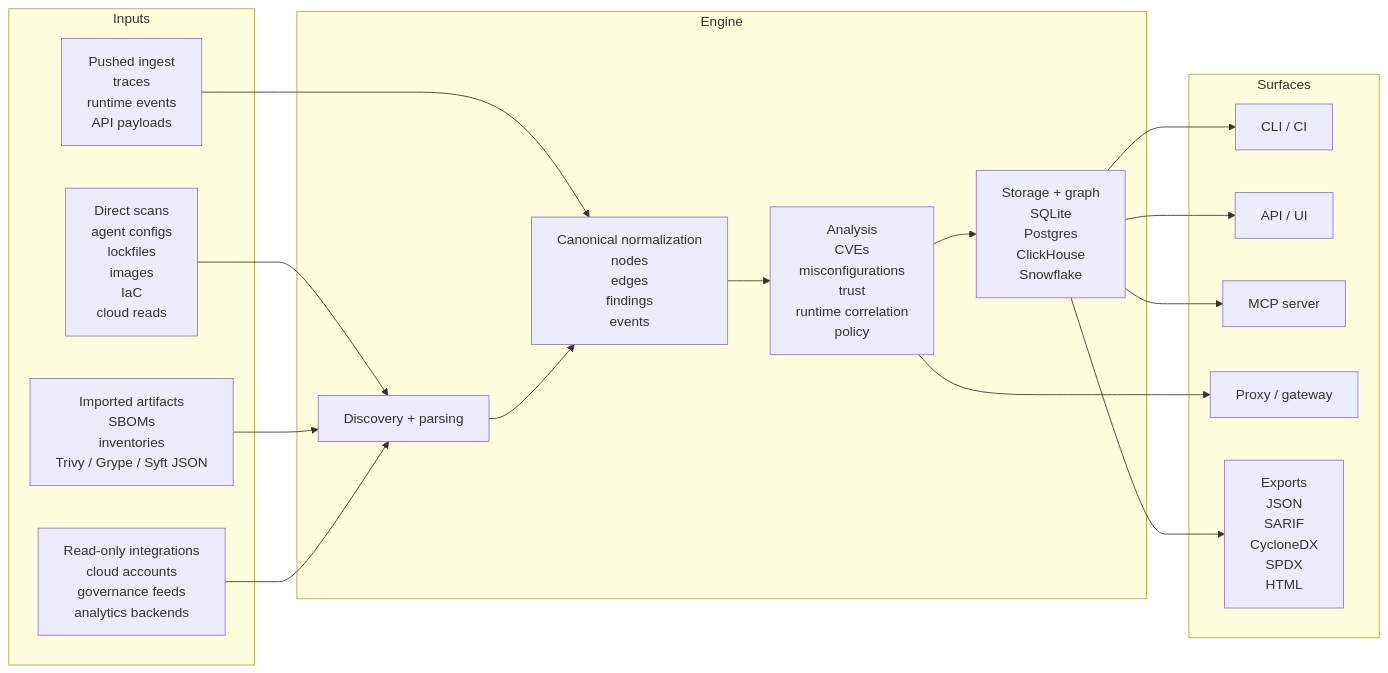
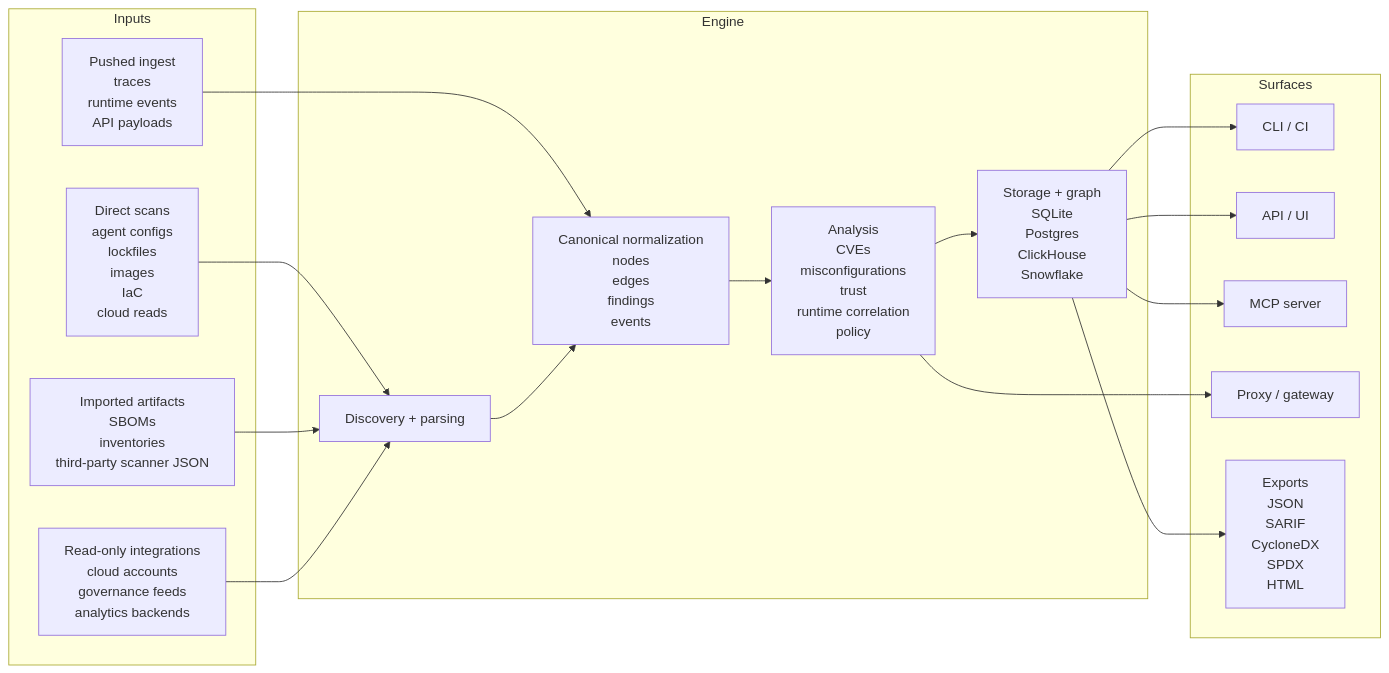
Before and after one commit to msaad00/agent-bom: the diagram in site-docs/architecture/how-agent-bom-works.md, drawn with Mermaid. The commit also changed other lines of this file and 4 other files, not shown here.

````diff
--- a/site-docs/architecture/how-agent-bom-works.md
+++ b/site-docs/architecture/how-agent-bom-works.md
@@ -10,67 +10,67 @@
 ```mermaid
 flowchart LR
     subgraph Inputs
         A["Direct scans
         agent configs
         lockfiles
         images
         IaC
         cloud reads"]
         B["Imported artifacts
         SBOMs
         inventories
-        Trivy / Grype / Syft JSON"]
+        third-party scanner JSON"]
         C["Pushed ingest
         traces
         runtime events
         API payloads"]
         D["Read-only integrations
         cloud accounts
         governance feeds
         analytics backends"]
     end
 
     subgraph Engine
         E["Discovery + parsing"]
         F["Canonical normalization
         nodes
         edges
         findings
         events"]
         G["Analysis
         CVEs
         misconfigurations
         trust
         runtime correlation
         policy"]
         H["Storage + graph
         SQLite
         Postgres
         ClickHouse
         Snowflake"]
     end
 
     subgraph Surfaces
         I["CLI / CI"]
         J["API / UI"]
         K["MCP server"]
         L["Proxy / gateway"]
         M["Exports
         JSON
         SARIF
         CycloneDX
         SPDX
         HTML"]
     end
 
     A --> E
     B --> E
     C --> F
     D --> E
     E --> F --> G --> H
     H --> I
     H --> J
     H --> K
     G --> L
     H --> M
 ```
````
